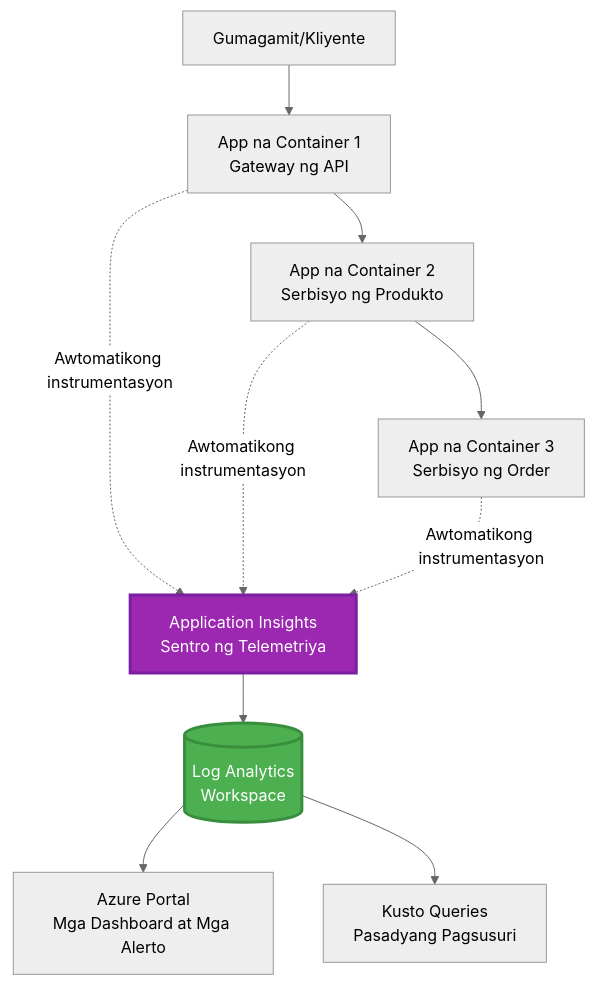
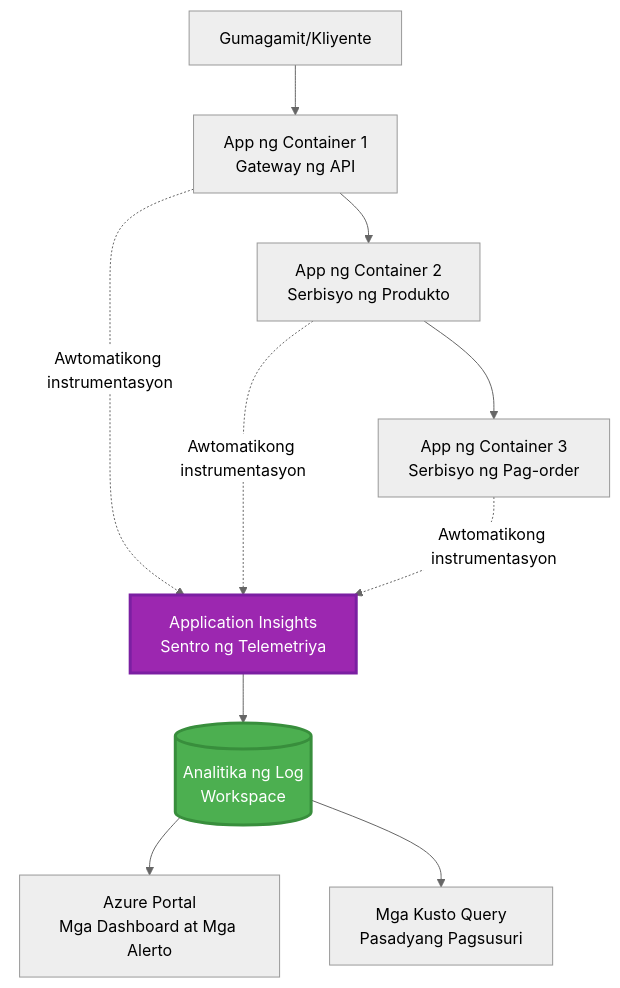
The first of 2 diagrams in translations/tl/docs/chapter-06-pre-deployment/application-insights.md (microsoft/AZD-for-beginners), drawn with Mermaid (neutral theme) before and after one commit. The commit also changed other lines of this file and 101 other files, not shown here.

````diff
--- a/translations/tl/docs/chapter-06-pre-deployment/application-insights.md
+++ b/translations/tl/docs/chapter-06-pre-deployment/application-insights.md
@@ -58,28 +58,28 @@
 ```mermaid
 graph TB
     User[Gumagamit/Kliyente]
-    App1[App na Container 1<br/>Gateway ng API]
-    App2[App na Container 2<br/>Serbisyo ng Produkto]
-    App3[App na Container 3<br/>Serbisyo ng Order]
+    App1[App ng Container 1<br/>Gateway ng API]
+    App2[App ng Container 2<br/>Serbisyo ng Produkto]
+    App3[App ng Container 3<br/>Serbisyo ng Pag-order]
     
     AppInsights[Application Insights<br/>Sentro ng Telemetriya]
-    LogAnalytics[(Log Analytics<br/>Workspace)]
+    LogAnalytics[(Analitika ng Log<br/>Workspace)]
     
     Portal[Azure Portal<br/>Mga Dashboard at Mga Alerto]
-    Query[Kusto Queries<br/>Pasadyang Pagsusuri]
+    Query[Mga Kusto Query<br/>Pasadyang Pagsusuri]
     
     User --> App1
     App1 --> App2
     App2 --> App3
     
     App1 -.->|Awtomatikong instrumentasyon| AppInsights
     App2 -.->|Awtomatikong instrumentasyon| AppInsights
     App3 -.->|Awtomatikong instrumentasyon| AppInsights
     
     AppInsights --> LogAnalytics
     LogAnalytics --> Portal
     LogAnalytics --> Query
     
     style AppInsights fill:#9C27B0,stroke:#7B1FA2,stroke-width:3px,color:#fff
     style LogAnalytics fill:#4CAF50,stroke:#388E3C,stroke-width:3px,color:#fff
 ```
````
